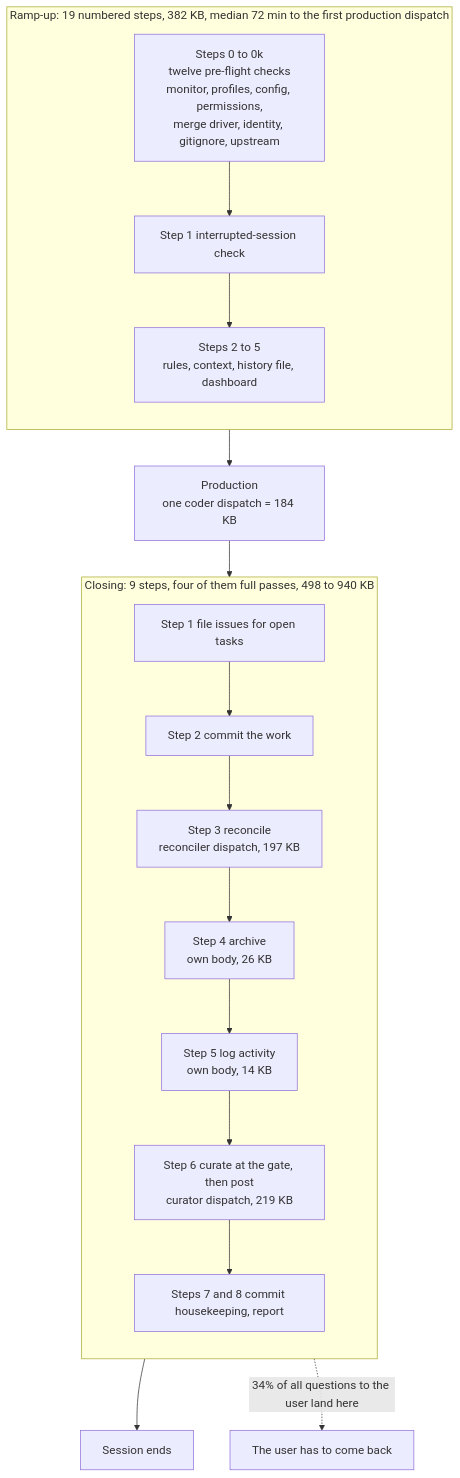
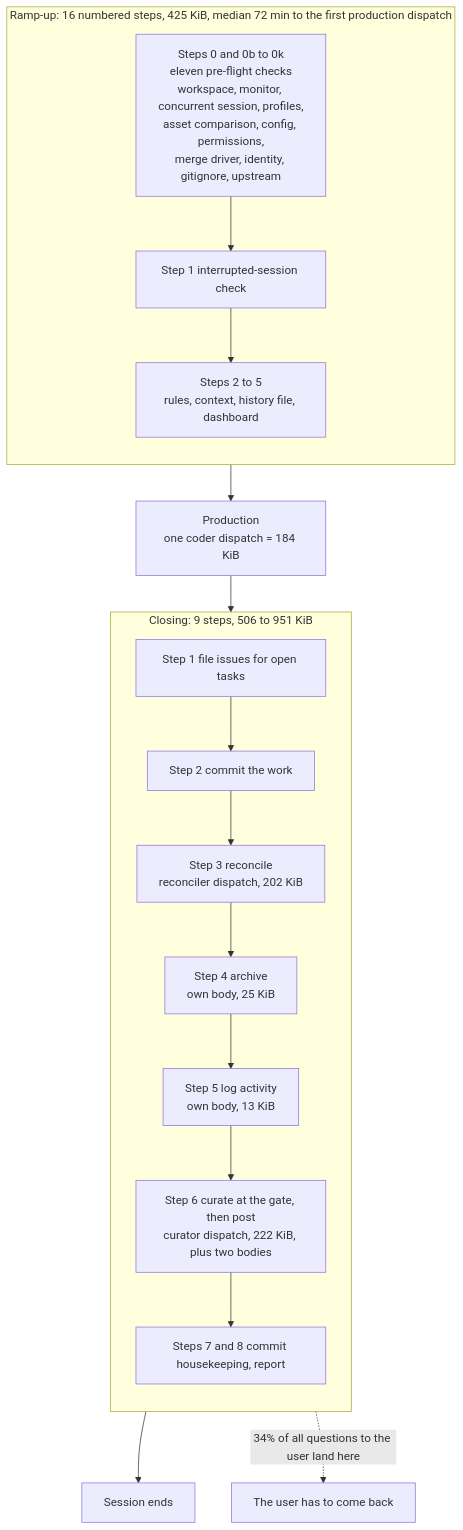
One commit to tenzoki/fusion changed diagram 18 of 19 in fusion-workbench/shared/analyses/260909-1047-size-versus-bookkeeping-across-three-projects.md. Above: the diagram before and after it, drawn with Mermaid. The commit also changed other lines of this file and 1 other file, not shown here.

````diff
--- a/fusion-workbench/shared/analyses/260909-1047-size-versus-bookkeeping-across-three-projects.md
+++ b/fusion-workbench/shared/analyses/260909-1047-size-versus-bookkeeping-across-three-projects.md
@@ -527,21 +560,21 @@
 ```mermaid
 flowchart TD
-    subgraph RAMP["Ramp-up: 19 numbered steps, 382 KB, median 72 min to the first production dispatch"]
+    subgraph RAMP["Ramp-up: 16 numbered steps, 425 KiB, median 72 min to the first production dispatch"]
         direction TB
-        S0["Steps 0 to 0k<br/>twelve pre-flight checks<br/>monitor, profiles, config, permissions,<br/>merge driver, identity, gitignore, upstream"] --> S1["Step 1 interrupted-session check"]
+        S0["Steps 0 and 0b to 0k<br/>eleven pre-flight checks<br/>workspace, monitor, concurrent session, profiles,<br/>asset comparison, config, permissions,<br/>merge driver, identity, gitignore, upstream"] --> S1["Step 1 interrupted-session check"]
         S1 --> S2["Steps 2 to 5<br/>rules, context, history file, dashboard"]
     end
-    S2 --> WORK["Production<br/>one coder dispatch = 184 KB"]
+    S2 --> WORK["Production<br/>one coder dispatch = 184 KiB"]
     WORK --> C1["Step 1 file issues for open tasks"]
-    subgraph CLOSE["Closing: 9 steps, four of them full passes, 498 to 940 KB"]
+    subgraph CLOSE["Closing: 9 steps, 506 to 951 KiB"]
         direction TB
         C1 --> C2["Step 2 commit the work"]
-        C2 --> C3["Step 3 reconcile<br/>reconciler dispatch, 197 KB"]
-        C3 --> C4["Step 4 archive<br/>own body, 26 KB"]
-        C4 --> C5["Step 5 log activity<br/>own body, 14 KB"]
-        C5 --> C6["Step 6 curate at the gate, then post<br/>curator dispatch, 219 KB"]
+        C2 --> C3["Step 3 reconcile<br/>reconciler dispatch, 202 KiB"]
+        C3 --> C4["Step 4 archive<br/>own body, 25 KiB"]
+        C4 --> C5["Step 5 log activity<br/>own body, 13 KiB"]
+        C5 --> C6["Step 6 curate at the gate, then post<br/>curator dispatch, 222 KiB, plus two bodies"]
         C6 --> C7["Steps 7 and 8 commit housekeeping, report"]
     end
     C7 --> END["Session ends"]
     C6 -.->|"34% of all questions to the user land here"| GATE["The user has to come back"]
 ```
````
